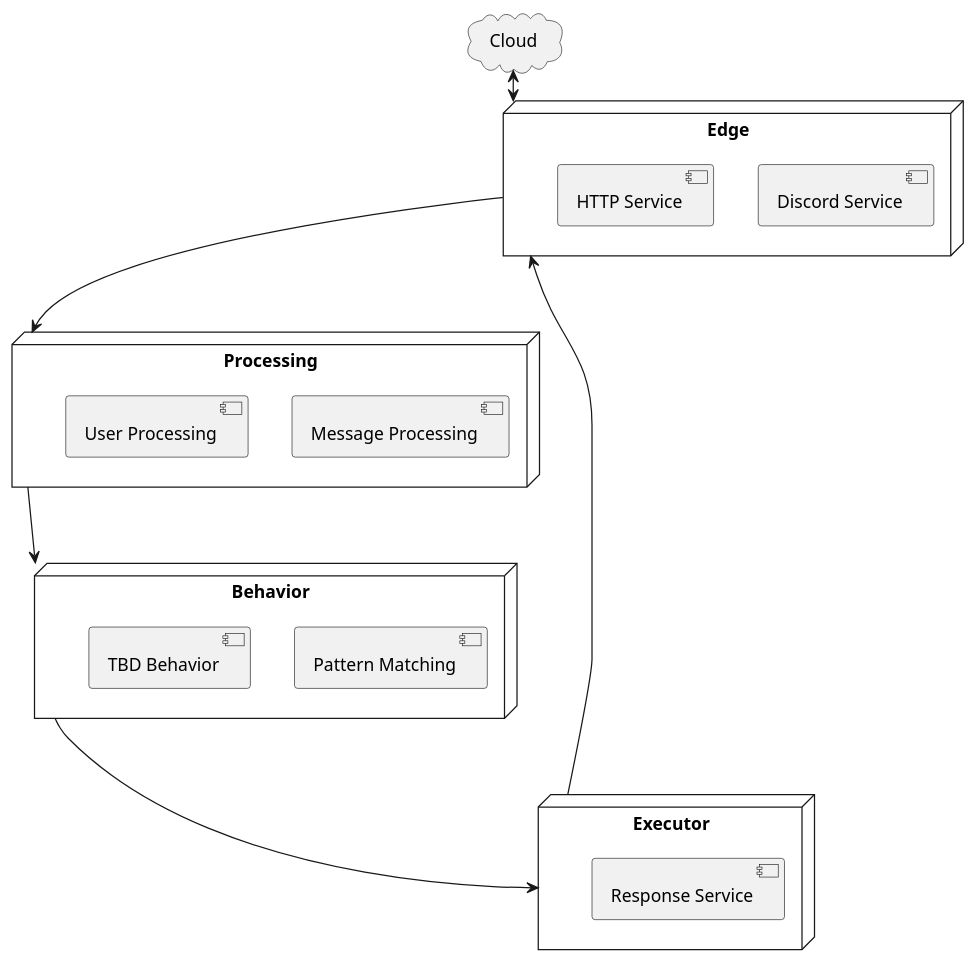
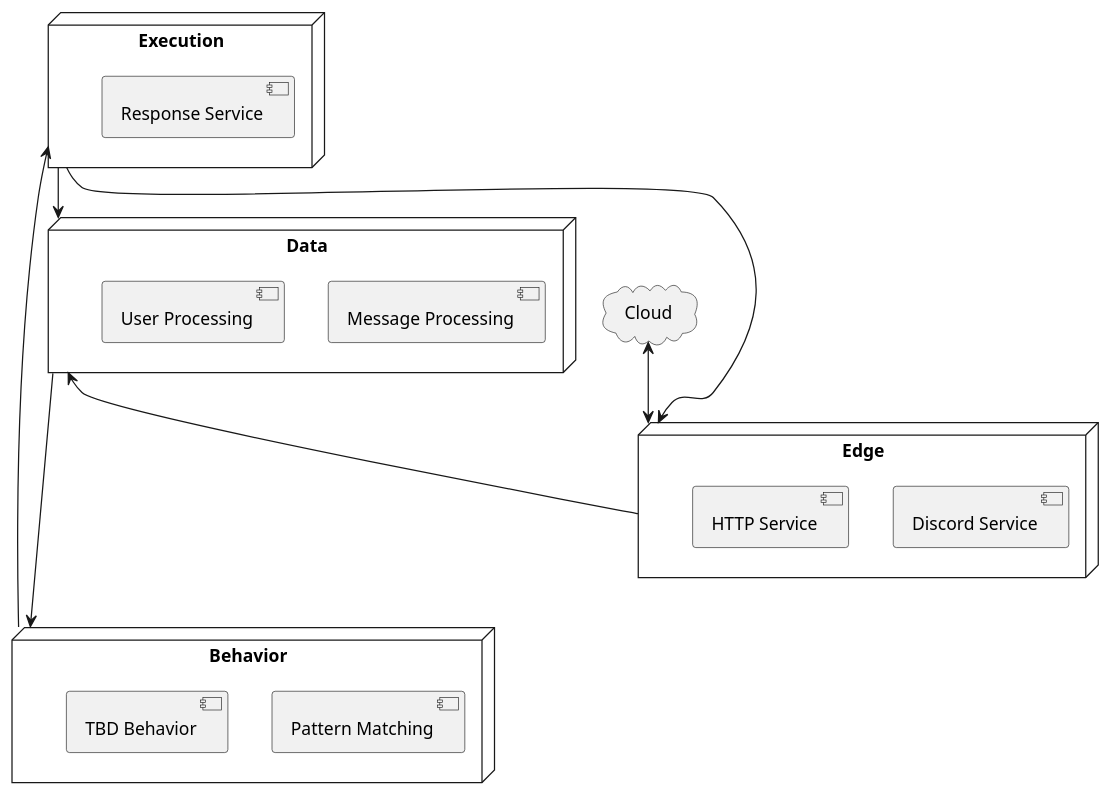
The diagram in diagrams/architecture.puml (elusivebot/elusivebot-docs), drawn with PlantUML before and after one commit. The commit also changed 10 other files, not shown here.

```diff
--- a/diagrams/architecture.puml
+++ b/diagrams/architecture.puml
@@ -1,34 +1,36 @@
 @startuml architecture
 
 cloud Cloud
 
 node Edge {
     [Discord Service] as discord
     [HTTP Service] as http
 }
 
-node Processing {
+node Data {
     [Message Processing] as message_processing
     [User Processing] as user_processing
 }
 
 node Behavior {
     [Pattern Matching] as behavior_patterns
     [TBD Behavior] as behavior_placeholder
 }
 
-node Executor {
+node Execution {
     [Response Service] as response_service
 }
 
 Cloud <--> Edge
 
-Edge ---> Processing
+Edge ---> Data
 
-Processing ---> Behavior
+Data ---> Behavior
 
-Behavior ---> Executor
+Behavior ---> Execution
 
-Executor ---> Edge
+Execution --> Data
+
+Execution ---> Edge
 
 @enduml
```
